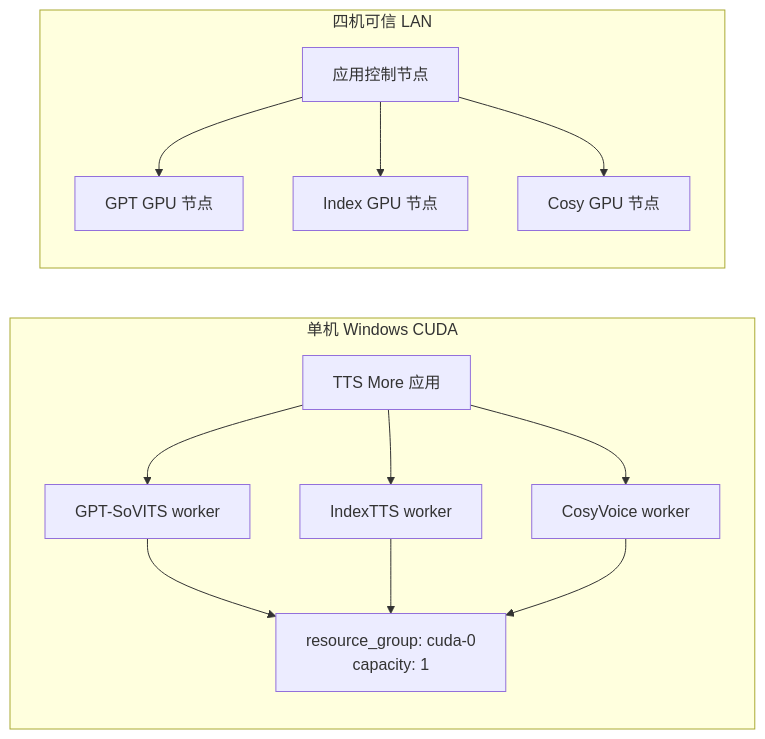
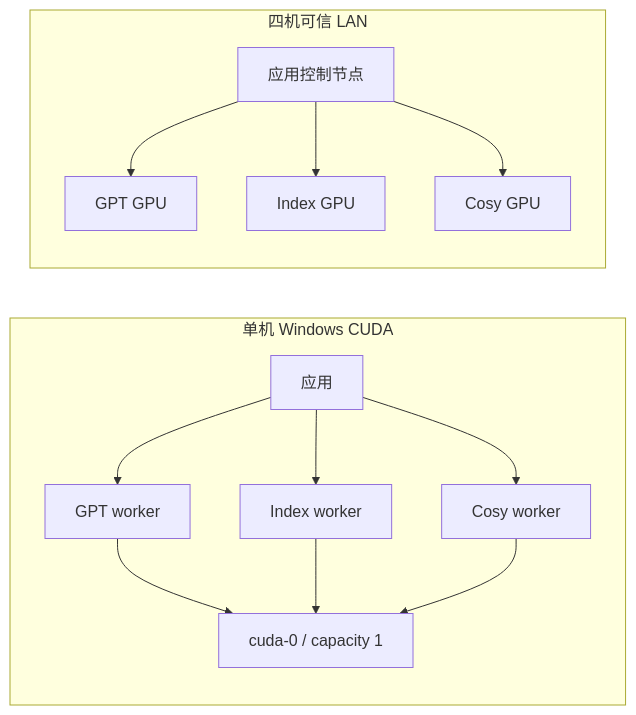
The first of 2 diagrams in docs/cuda-e2e-validation.md (XucroYuri/TTS_more), drawn with Mermaid before and after one commit. The commit also changed other lines of this file and 12 other files, not shown here.

````diff
--- a/docs/cuda-e2e-validation.md
+++ b/docs/cuda-e2e-validation.md
@@ -19,14 +18,14 @@
 ```mermaid
 flowchart LR
     subgraph Single["单机 Windows CUDA"]
-        A1["TTS More 应用"] --> G1["GPT-SoVITS worker"]
-        A1 --> I1["IndexTTS worker"]
-        A1 --> C1["CosyVoice worker"]
-        G1 & I1 & C1 --> R1["resource_group: cuda-0\ncapacity: 1"]
+        A1["应用"] --> G1["GPT worker"]
+        A1 --> I1["Index worker"]
+        A1 --> C1["Cosy worker"]
+        G1 & I1 & C1 --> R1["cuda-0 / capacity 1"]
     end
     subgraph Distributed["四机可信 LAN"]
-        A2["应用控制节点"] --> G2["GPT GPU 节点"]
-        A2 --> I2["Index GPU 节点"]
-        A2 --> C2["Cosy GPU 节点"]
+        A2["应用控制节点"] --> G2["GPT GPU"]
+        A2 --> I2["Index GPU"]
+        A2 --> C2["Cosy GPU"]
     end
 ```
````
